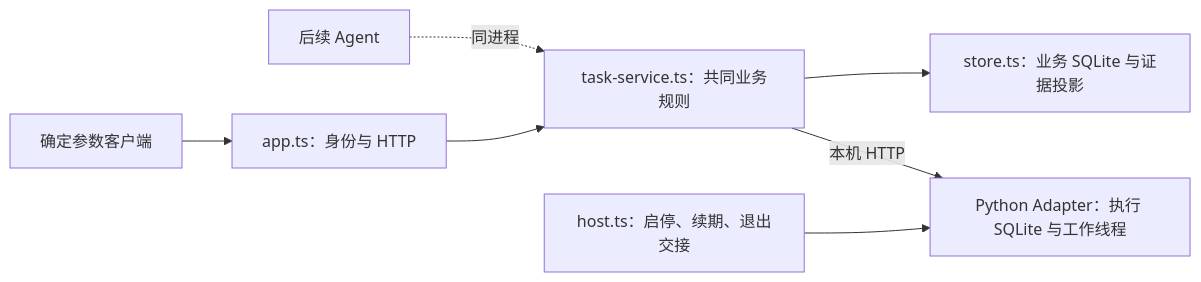
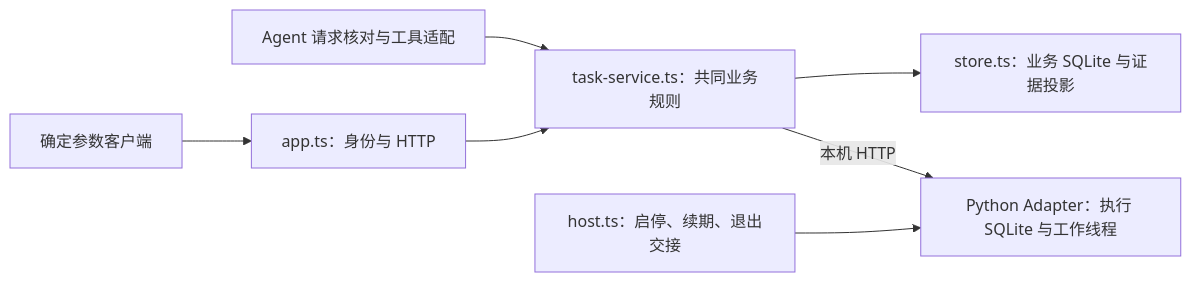
One commit to Fyrefly-4/ChatMAA changed the diagram in backend/README.md. Above: the diagram before and after it, drawn with Mermaid. The commit also changed other lines of this file and 19 other files, not shown here.

````diff
--- a/backend/README.md
+++ b/backend/README.md
@@ -84,9 +84,9 @@
 ```mermaid
 flowchart LR
   CLI[确定参数客户端] --> App[app.ts：身份与 HTTP]
-  Agent[后续 Agent] -. 同进程 .-> Tasks[task-service.ts：共同业务规则]
+  Agent[Agent 请求核对与工具适配] --> Tasks[task-service.ts：共同业务规则]
   App --> Tasks
   Tasks --> Store[store.ts：业务 SQLite 与证据投影]
   Tasks -->|本机 HTTP| Adapter[Python Adapter：执行 SQLite 与工作线程]
   Host[host.ts：启停、续期、退出交接] --> Adapter
 ```
````
